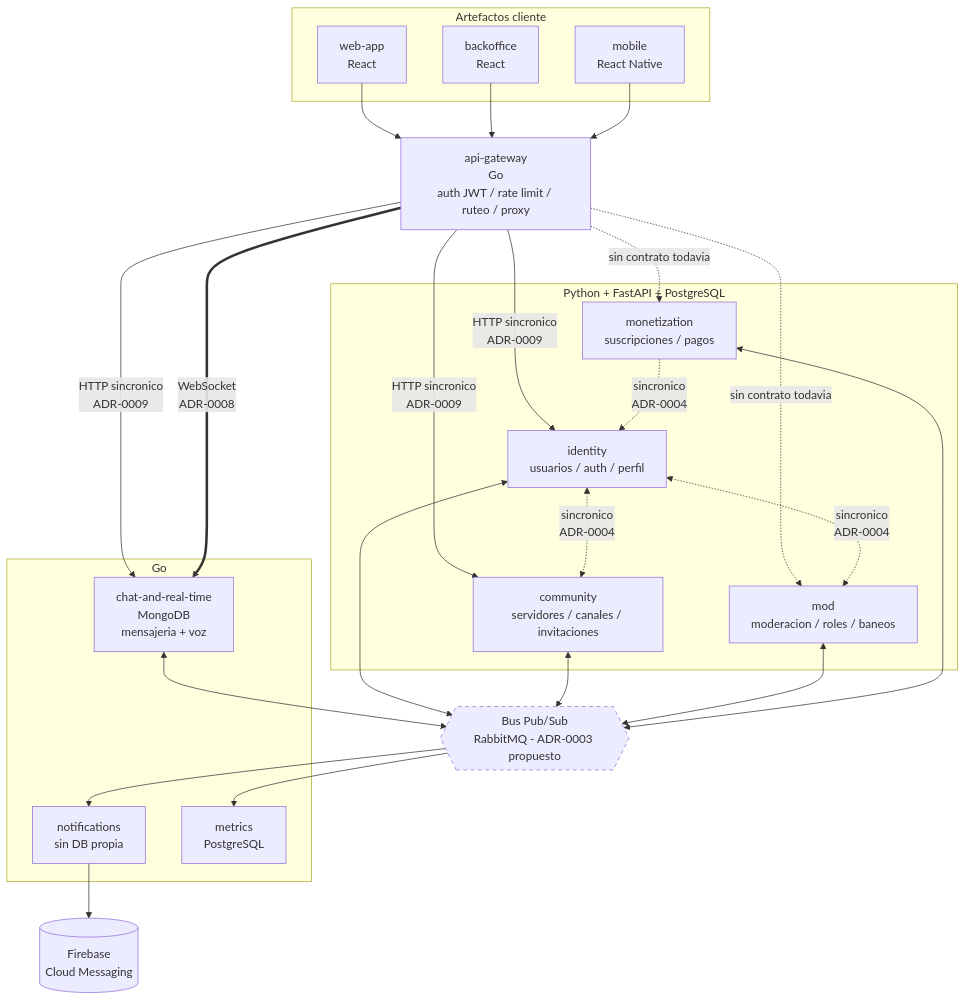
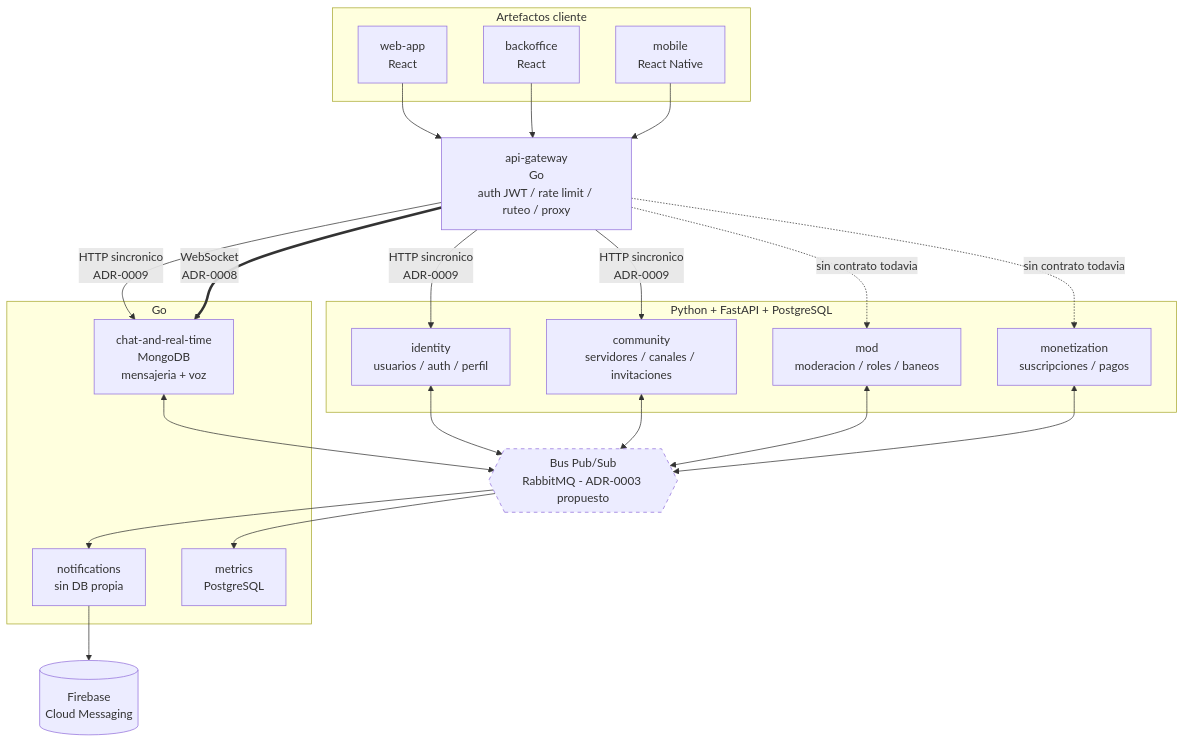
The diagram in arquitectura/arquitectura-discordia.mmd (Discordia-Grupo-16/discordia-docs), drawn with Mermaid before and after one commit. The commit also changed 4 other files, not shown here.

Commit message:
docs(adr): rechazar el ADR-0004, sin llamadas sincronicas entre servicios

```diff
--- a/arquitectura/arquitectura-discordia.mmd
+++ b/arquitectura/arquitectura-discordia.mmd
@@ -1,61 +1,58 @@
 %% Discordia - Arquitectura de alto nivel
 %% Fuente unica del diagrama. Editar aca, no en una imagen exportada.
-%% Ver: adr/0001, adr/0002, adr/0003, adr/0004, adr/0008, adr/0009
+%% Ver: adr/0001, adr/0002, adr/0003, adr/0008, adr/0009
 %% Dos caminos, y no hay que mezclarlos:
 %%   cliente -> gateway -> servicio : HTTP sincronico, el gateway hace de proxy (ADR-0009)
 %%   servicio -> bus -> consumidores: eventos, asincronico, unica via entre servicios
+%% No hay flechas servicio -> servicio: el ADR-0004 rechazo las llamadas sincronicas internas.
 %% El gateway no publica al bus: el evento lo publica el servicio dueno del recurso.
 
 flowchart TB
     subgraph clientes["Artefactos cliente"]
         web["web-app<br/>React"]
         bo["backoffice<br/>React"]
         mob["mobile<br/>React Native"]
     end
 
     gw["api-gateway<br/>Go<br/>auth JWT / rate limit / ruteo / proxy"]
 
     subgraph python["Python + FastAPI + PostgreSQL"]
         identity["identity<br/>usuarios / auth / perfil"]
         community["community<br/>servidores / canales / invitaciones"]
         mod["mod<br/>moderacion / roles / baneos"]
         monetization["monetization<br/>suscripciones / pagos"]
     end
 
     subgraph golang["Go"]
         chat["chat-and-real-time<br/>MongoDB<br/>mensajeria + voz"]
         notif["notifications<br/>sin DB propia"]
         metrics["metrics<br/>PostgreSQL"]
     end
 
     bus{{"Bus Pub/Sub<br/>RabbitMQ - ADR-0003 propuesto"}}
 
     fcm[("Firebase<br/>Cloud Messaging")]
 
     web --> gw
     bo --> gw
     mob --> gw
 
     gw -- "HTTP sincronico<br/>ADR-0009" --> identity
     gw -- "HTTP sincronico<br/>ADR-0009" --> community
     gw -- "HTTP sincronico<br/>ADR-0009" --> chat
     gw == "WebSocket<br/>ADR-0008" ==> chat
     gw -. "sin contrato todavia" .-> mod
     gw -. "sin contrato todavia" .-> monetization
 
     identity <--> bus
     community <--> bus
     mod <--> bus
     monetization <--> bus
     chat <--> bus
     bus --> notif
     bus --> metrics
 
     notif --> fcm
 
-    identity <-. "sincronico<br/>ADR-0004" .-> community
-    identity <-. "sincronico<br/>ADR-0004" .-> mod
-    monetization -. "sincronico<br/>ADR-0004" .-> identity
-
     classDef pendiente stroke-dasharray: 5 5
     class bus pendiente
```
